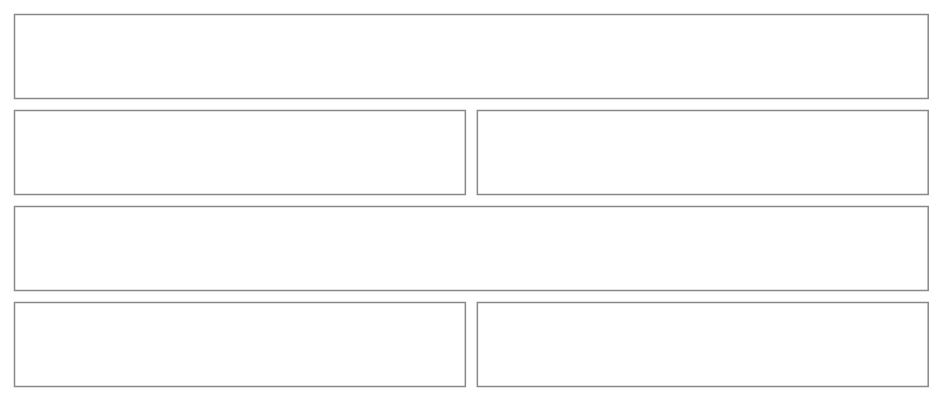
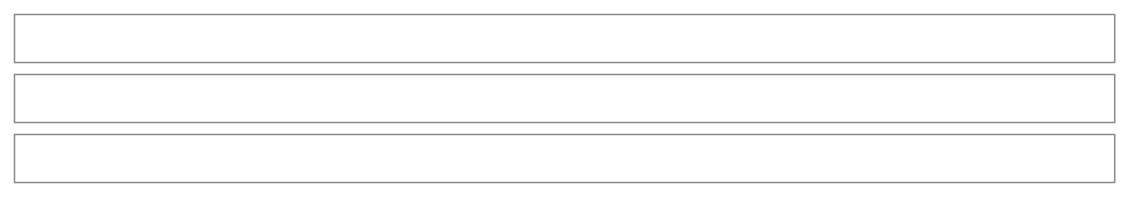
The fourth of 54 diagrams in src/apps/pinch/UX.md (NovaMoonX/moondreams-dev-apps), drawn with Mermaid before and after one commit. The commit also changed other lines of this file and 163 other files, not shown here.

````diff
--- a/src/apps/pinch/UX.md
+++ b/src/apps/pinch/UX.md
@@ -165,17 +177,11 @@
 ```mermaid
 %%{init: {'theme': 'base', 'themeVariables': {'primaryColor': 'transparent', 'primaryBorderColor': '#888888', 'primaryTextColor': '#333333', 'lineColor': '#888888'}}}%%
 block-beta
   columns 2
-  F3["Calendar   ⚙️   + Add"]:2
-  F1["Cost this month<br/>$0.00"]:1
-  F2["Average per meal<br/>—"]:1
-  F4["An empty month is fine. Plan your first meal, or add a recipe to plan from."]:2
-  F5["Plan your first meal"]:1
-  F6["Add a recipe"]:1
-  style F1 fill:transparent,stroke:#888888,stroke-width:1px;
-  style F2 fill:transparent,stroke:#888888,stroke-width:1px;
+  F3["Calendar   👁   + Plan"]:2
+  F4["Bring in a recipe from a chat, a photo or a link, plan your week, and get the shopping list."]:2
+  F5["Add your first recipe"]:2
   style F3 fill:transparent,stroke:#888888,stroke-width:1px;
   style F4 fill:transparent,stroke:#888888,stroke-width:1px;
   style F5 fill:transparent,stroke:#888888,stroke-width:1px;
-  style F6 fill:transparent,stroke:#888888,stroke-width:1px;
 ```
````
